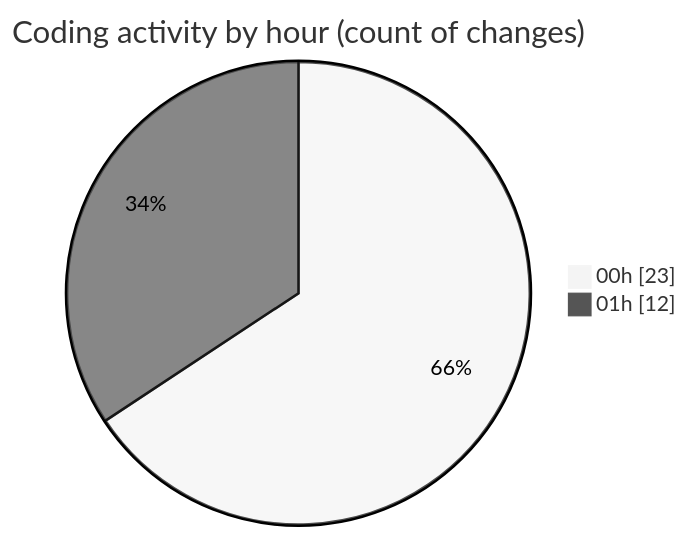
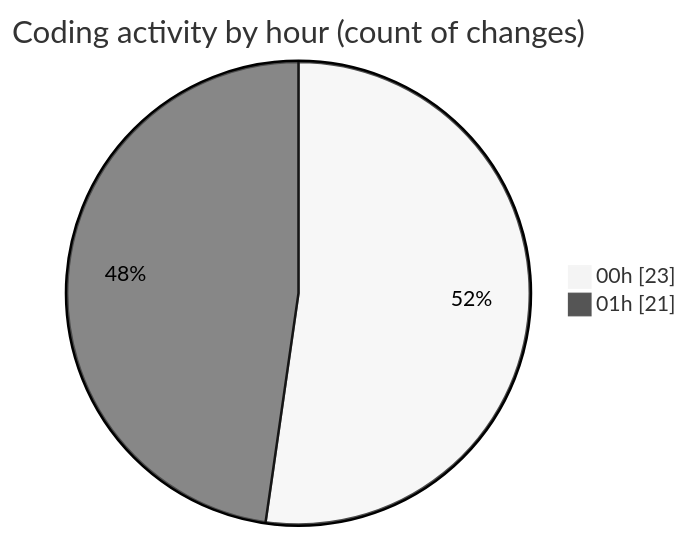
The second of 2 diagrams in 2025-10-20/weather_insights_app/README.md (donsfak/code-tracking), drawn with Mermaid (neutral theme) before and after one commit. The commit also changed other lines of this file and 1 other file, not shown here.

````diff
--- a/2025-10-20/weather_insights_app/README.md
+++ b/2025-10-20/weather_insights_app/README.md
@@ -37,6 +39,6 @@
 ```mermaid
 pie showData
 title Coding activity by hour (count of changes)
 "00h" : 23
-"01h" : 12
+"01h" : 21
 ```
````
